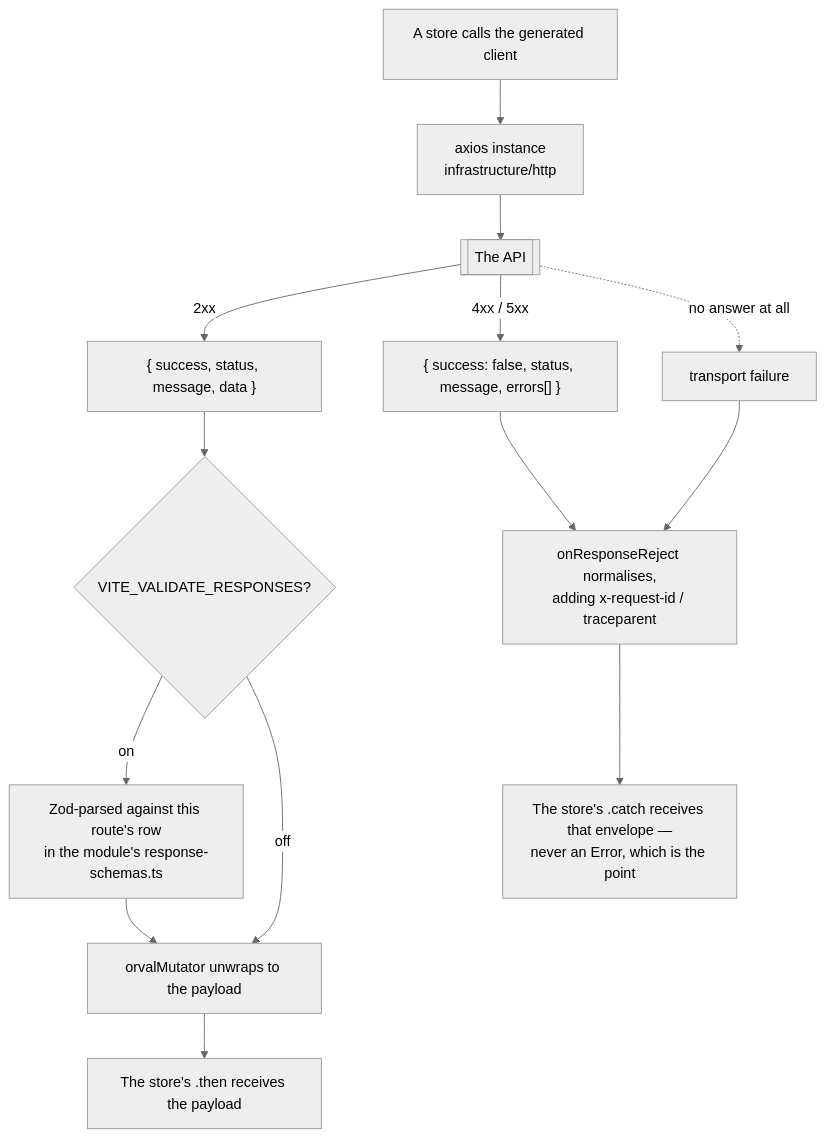
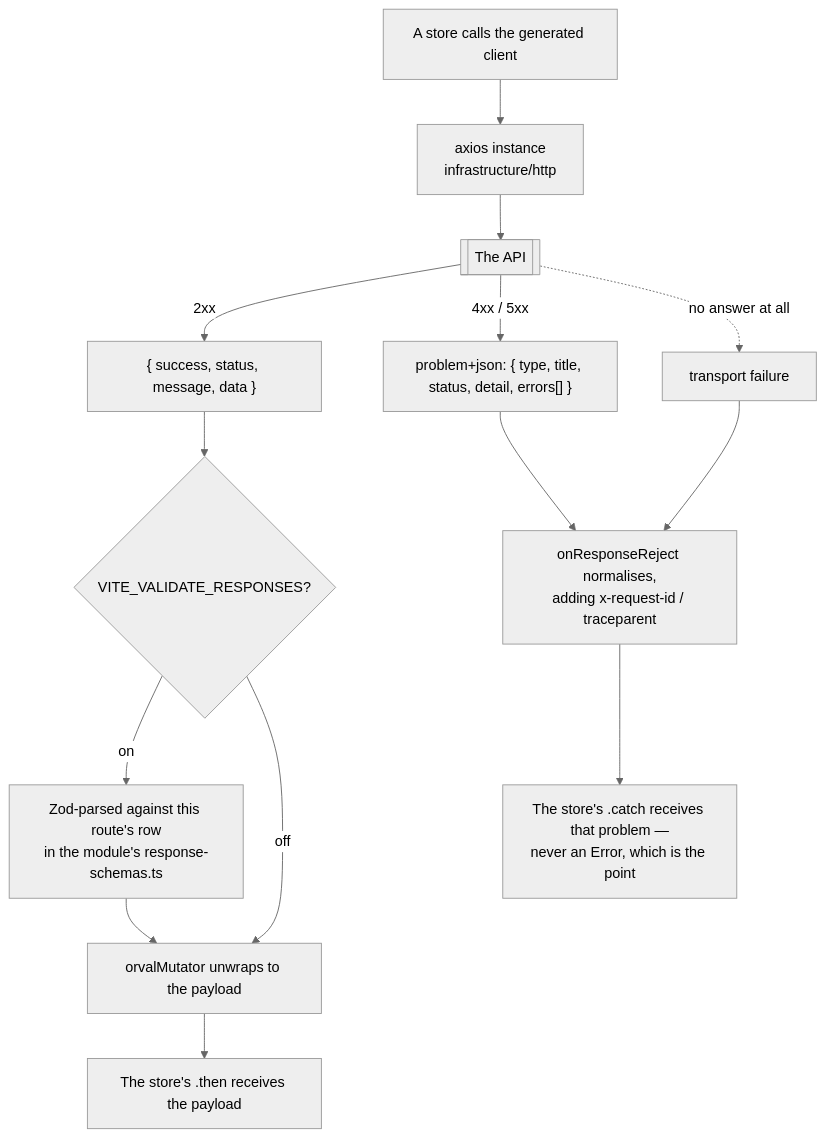
One commit to Guebbit/boilerplate-vue-frontend changed the first of 2 diagrams in docs/api/endpoints.md. Above: the diagram before and after it, drawn with Mermaid (neutral theme). The commit also changed other lines of this file and 4 other files, not shown here.

Commit message:
docs: describe errors as problem details

````diff
--- a/docs/api/endpoints.md
+++ b/docs/api/endpoints.md
@@ -13,18 +13,18 @@
 ```mermaid
 flowchart TD
     C["A store calls the generated client"] --> I["axios instance<br/>infrastructure/http"]
     I --> API[["The API"]]
 
     API -->|"2xx"| OK["{ success, status, message, data }"]
     OK --> V{"VITE_VALIDATE_RESPONSES?"}
     V -->|"on"| Z["Zod-parsed against this route's row<br/>in the module's response-schemas.ts"]
     V -->|"off"| U
     Z --> U["orvalMutator unwraps to the payload"]
     U --> S["The store's .then receives the payload"]
 
-    API -->|"4xx / 5xx"| E["{ success: false, status, message, errors[] }"]
+    API -->|"4xx / 5xx"| E["problem+json: { type, title, status, detail, errors[] }"]
     API -.->|"no answer at all"| X["transport failure"]
     E --> N["onResponseReject normalises,<br/>adding x-request-id / traceparent"]
     X --> N
-    N --> R["The store's .catch receives that envelope —<br/>never an Error, which is the point"]
+    N --> R["The store's .catch receives that problem —<br/>never an Error, which is the point"]
 ```
````
